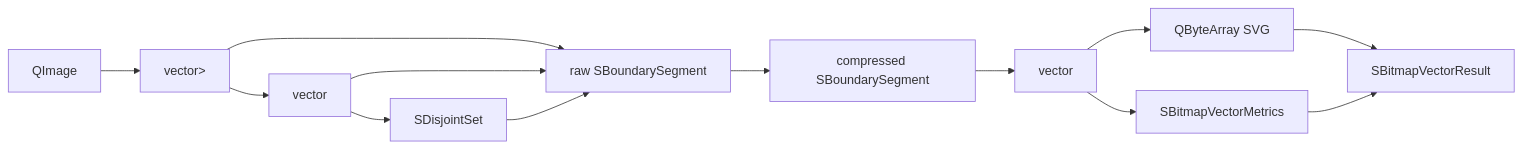
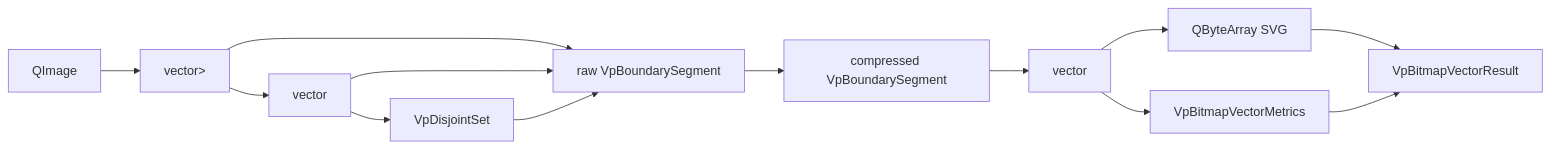
One commit to HJX0201/vectorPath changed the third of 10 diagrams in sgraphDocs/BITMAP_VECTORIZATION_SOURCE_REFERENCE.md. Above: the diagram before and after it, drawn with Mermaid. The commit also changed other lines of this file and 628 other files, not shown here.

````diff
--- a/sgraphDocs/BITMAP_VECTORIZATION_SOURCE_REFERENCE.md
+++ b/sgraphDocs/BITMAP_VECTORIZATION_SOURCE_REFERENCE.md
@@ -216,15 +216,15 @@
 ```mermaid
 flowchart LR
-    Image["QImage"] --> Rows["vector<vector<SColorRun>>"]
-    Rows --> Connections["vector<SRowConnection>"]
-    Connections --> DS["SDisjointSet"]
-    Rows --> Raw["raw SBoundarySegment"]
+    Image["QImage"] --> Rows["vector<vector<VpColorRun>>"]
+    Rows --> Connections["vector<VpRowConnection>"]
+    Connections --> DS["VpDisjointSet"]
+    Rows --> Raw["raw VpBoundarySegment"]
     Connections --> Raw
     DS --> Raw
-    Raw --> Compressed["compressed SBoundarySegment"]
-    Compressed --> Contours["vector<SBitmapContour>"]
+    Raw --> Compressed["compressed VpBoundarySegment"]
+    Compressed --> Contours["vector<VpBitmapContour>"]
     Contours --> SVG["QByteArray SVG"]
-    Contours --> Metrics["SBitmapVectorMetrics"]
-    SVG --> Result["SBitmapVectorResult"]
+    Contours --> Metrics["VpBitmapVectorMetrics"]
+    SVG --> Result["VpBitmapVectorResult"]
     Metrics --> Result
 ```
````
